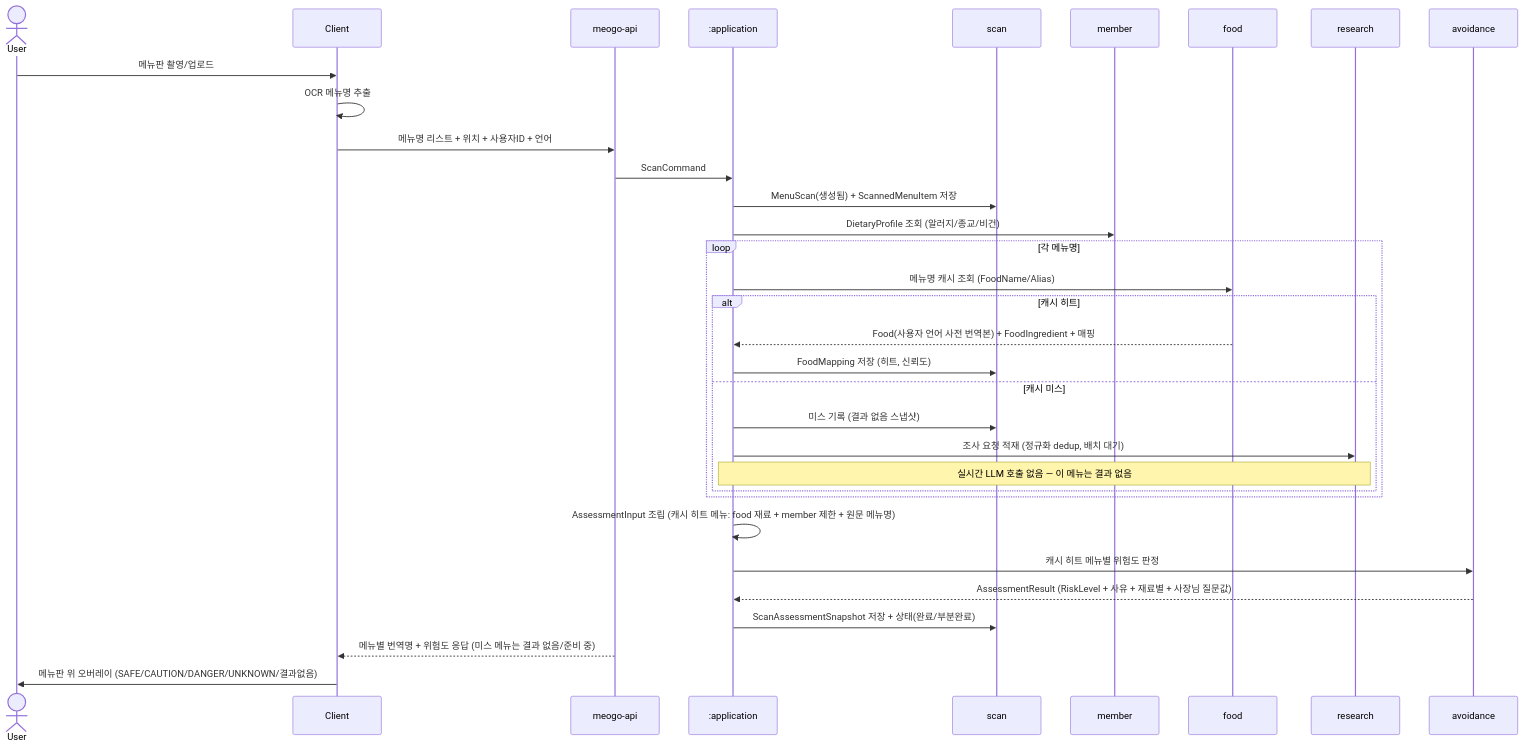
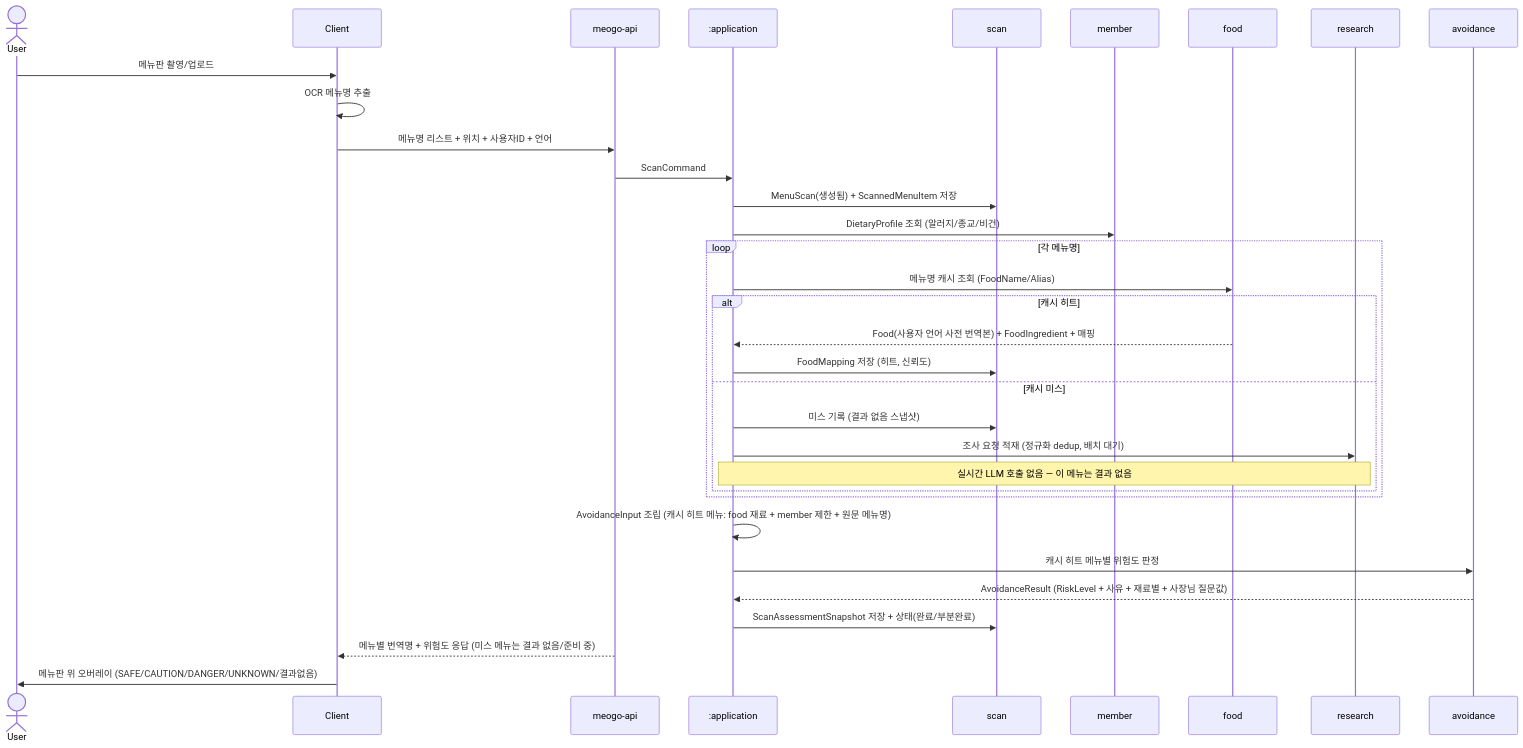
One commit to team-skyjs/kbap-server changed the first of 7 diagrams in docs/architecture/use-case-flows.md. Above: the diagram before and after it, drawn with Mermaid. The commit also changed other lines of this file and 5 other files, not shown here.

First line of the commit message:
docs: avoidance 컨텍스트 코어 타입명 통일 (Assessment* → Avoidance*)

````diff
--- a/docs/architecture/use-case-flows.md
+++ b/docs/architecture/use-case-flows.md
@@ -23,39 +23,39 @@
 ```mermaid
 sequenceDiagram
     actor User
     participant Client
     participant API as meogo-api
     participant App as :application
     participant Scan as scan
     participant Member as member
     participant Food as food
     participant Research as research
     participant Assess as avoidance
 
     User->>Client: 메뉴판 촬영/업로드
     Client->>Client: OCR 메뉴명 추출
     Client->>API: 메뉴명 리스트 + 위치 + 사용자ID + 언어
     API->>App: ScanCommand
 
     App->>Scan: MenuScan(생성됨) + ScannedMenuItem 저장
     App->>Member: DietaryProfile 조회 (알러지/종교/비건)
 
     loop 각 메뉴명
         App->>Food: 메뉴명 캐시 조회 (FoodName/Alias)
         alt 캐시 히트
             Food-->>App: Food(사용자 언어 사전 번역본) + FoodIngredient + 매핑
             App->>Scan: FoodMapping 저장 (히트, 신뢰도)
         else 캐시 미스
             App->>Scan: 미스 기록 (결과 없음 스냅샷)
             App->>Research: 조사 요청 적재 (정규화 dedup, 배치 대기)
             Note over App,Research: 실시간 LLM 호출 없음 — 이 메뉴는 결과 없음
         end
     end
 
-    App->>App: AssessmentInput 조립 (캐시 히트 메뉴: food 재료 + member 제한 + 원문 메뉴명)
+    App->>App: AvoidanceInput 조립 (캐시 히트 메뉴: food 재료 + member 제한 + 원문 메뉴명)
     App->>Assess: 캐시 히트 메뉴별 위험도 판정
-    Assess-->>App: AssessmentResult (RiskLevel + 사유 + 재료별 + 사장님 질문값)
+    Assess-->>App: AvoidanceResult (RiskLevel + 사유 + 재료별 + 사장님 질문값)
     App->>Scan: ScanAssessmentSnapshot 저장 + 상태(완료/부분완료)
     API-->>Client: 메뉴별 번역명 + 위험도 응답 (미스 메뉴는 결과 없음/준비 중)
     Client->>User: 메뉴판 위 오버레이 (SAFE/CAUTION/DANGER/UNKNOWN/결과없음)
 ```
````
